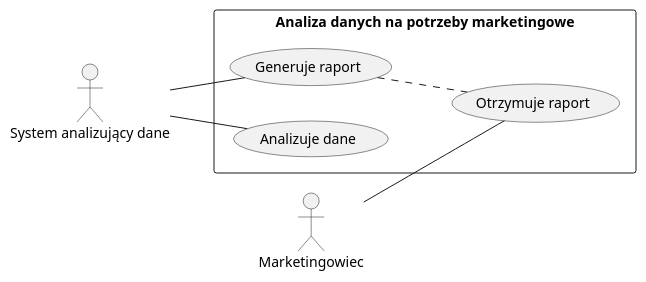
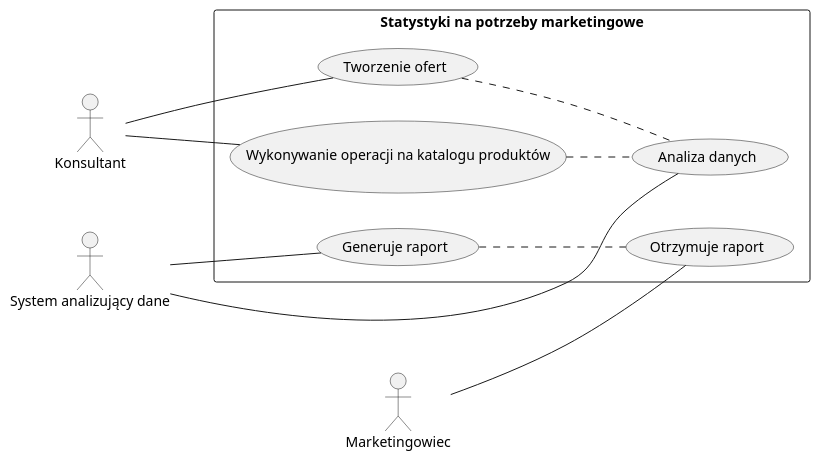
Before and after one commit to pixellos/Agh.5.Psi: diagram 13 of 16 in src/Projekt systemu.md, drawn with PlantUML. The commit also changed other lines of this file, not shown here.

````diff
--- a/src/Projekt systemu.md
+++ b/src/Projekt systemu.md
@@ -2072,14 +2034,19 @@
-```plantuml 2.1.2.6
+```plantuml test
 @startuml
 left to right direction
 skinparam packageStyle rectangle
+actor Konsultant
 actor :System analizujący dane:
 actor Marketingowiec
-rectangle "Analiza danych na potrzeby marketingowe" {
+rectangle "Statystyki na potrzeby marketingowe" {
+  (Wykonywanie operacji na katalogu produktów) ..  (Analiza danych)
+  Konsultant -- (Wykonywanie operacji na katalogu produktów)
+  :System analizujący dane: -- (Analiza danych)
   (Generuje raport) ..  (Otrzymuje raport)
   Marketingowiec -- (Otrzymuje raport)
-  :System analizujący dane: -- (Analizuje dane)
   :System analizujący dane: -- (Generuje raport)
+  Konsultant -- (Tworzenie ofert)
+  (Tworzenie ofert) .. (Analiza danych)
 }
 @enduml
 ```
````
